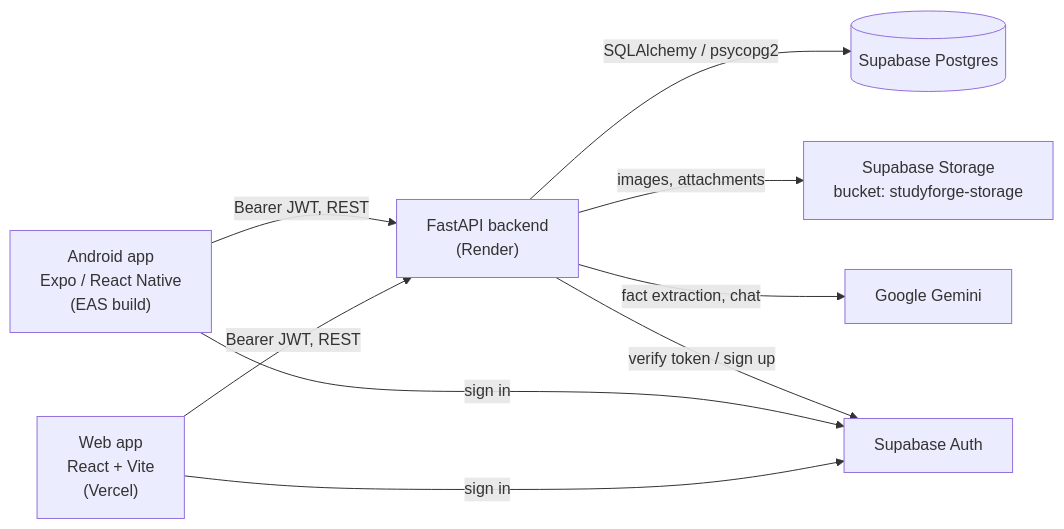
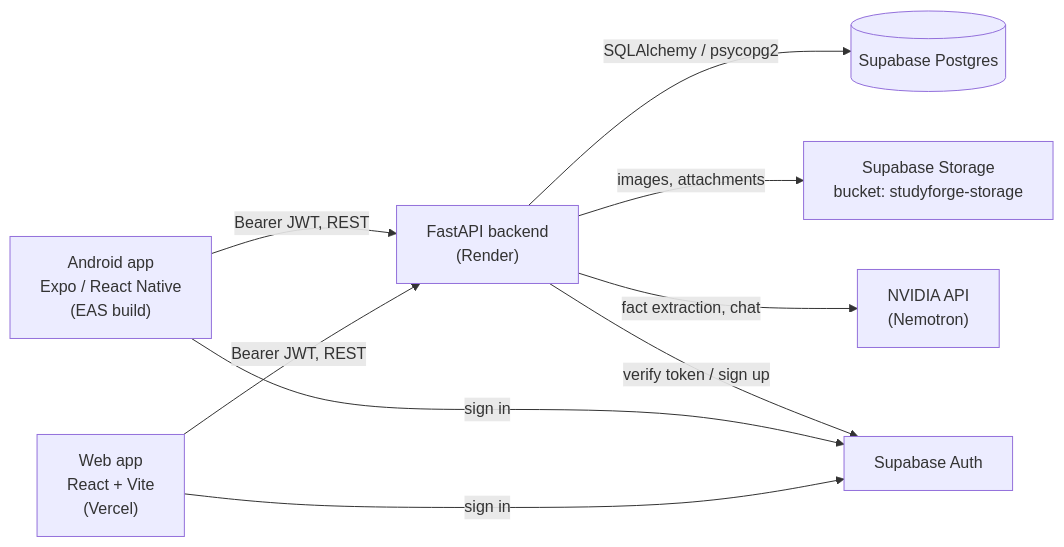
Before and after one commit to NavdeepSingh0/Folio: the diagram in README.md, drawn with Mermaid. The commit also changed other lines of this file and 4 other files, not shown here.

First line of the commit message:
Switch AI provider from Gemini to NVIDIA Nemotron

````diff
--- a/README.md
+++ b/README.md
@@ -57,19 +57,19 @@
 ```mermaid
 flowchart LR
     Web["Web app<br/>React + Vite<br/>(Vercel)"]
     Mobile["Android app<br/>Expo / React Native<br/>(EAS build)"]
     API["FastAPI backend<br/>(Render)"]
     PG[("Supabase Postgres")]
     Auth["Supabase Auth"]
     Store["Supabase Storage<br/>bucket: studyforge-storage"]
-    Gemini["Google Gemini"]
+    LLM["NVIDIA API<br/>(Nemotron)"]
 
     Web -->|"Bearer JWT, REST"| API
     Mobile -->|"Bearer JWT, REST"| API
     Web -->|"sign in"| Auth
     Mobile -->|"sign in"| Auth
     API -->|"SQLAlchemy / psycopg2"| PG
     API -->|"verify token / sign up"| Auth
     API -->|"images, attachments"| Store
-    API -->|"fact extraction, chat"| Gemini
+    API -->|"fact extraction, chat"| LLM
 ```
````
